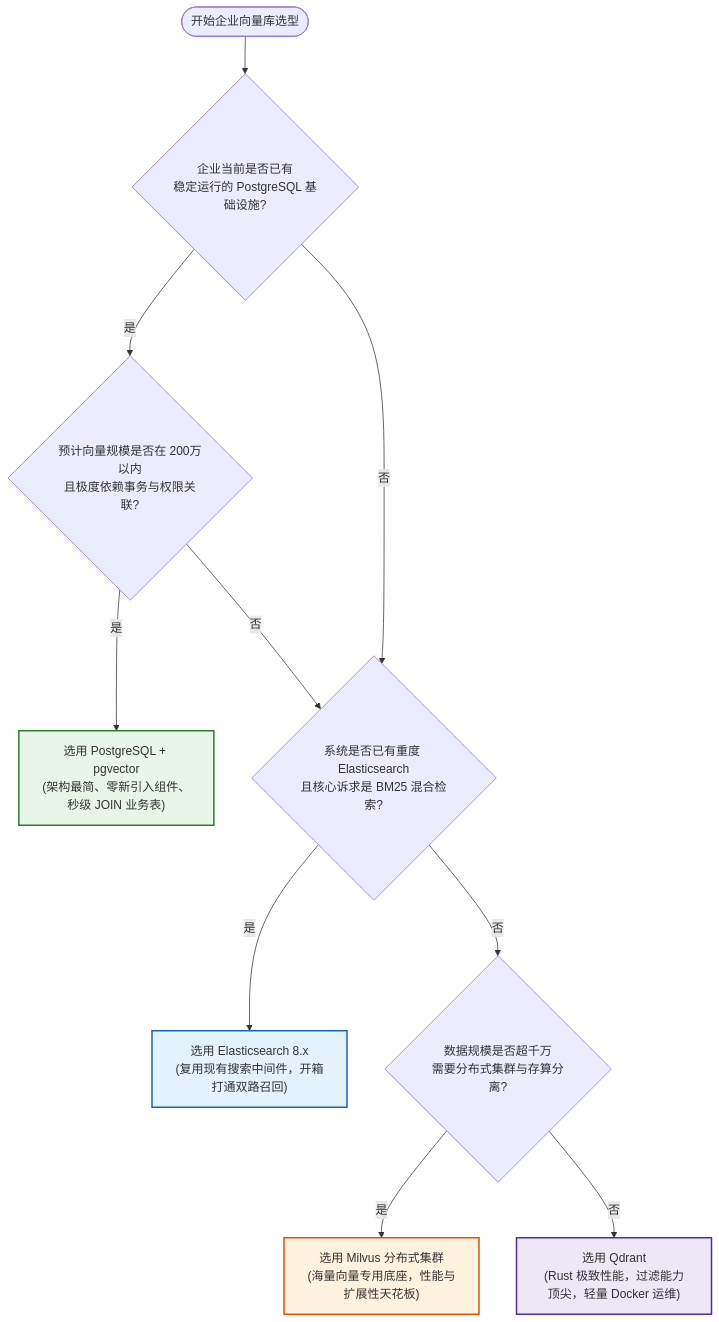
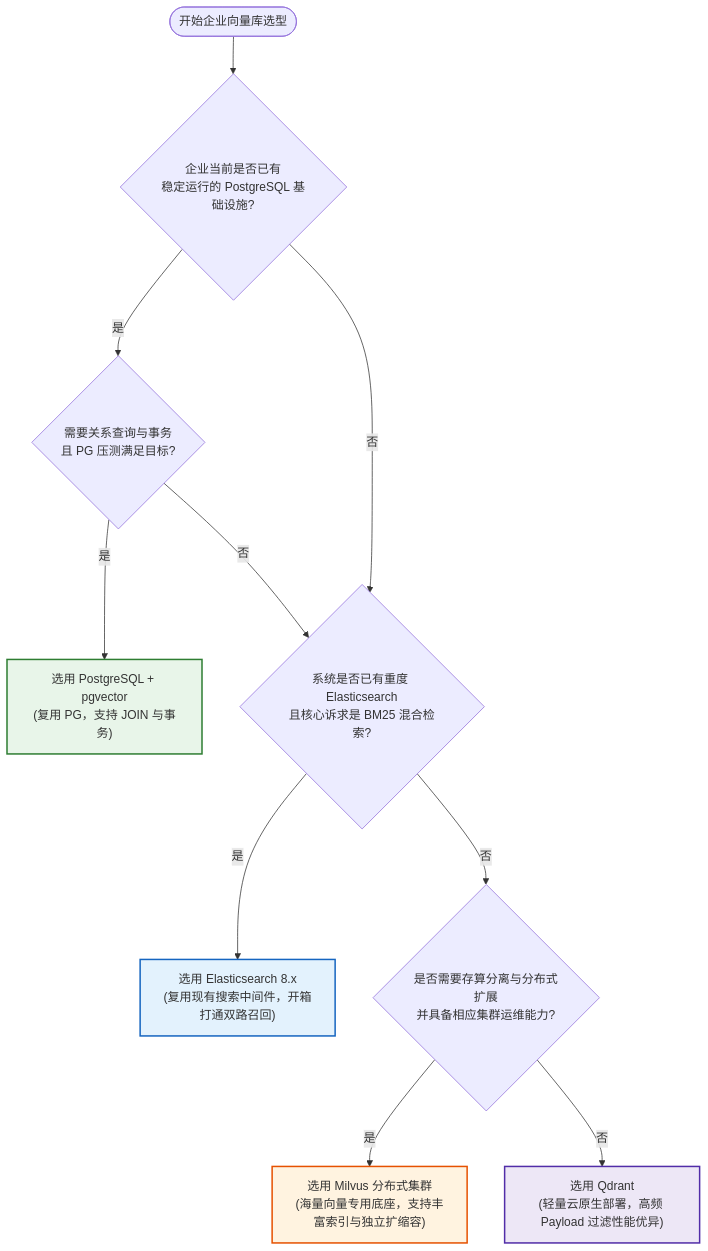
Before and after one commit to GuoWWWX/knowledge-base: the third of 3 diagrams in 10-AI应用开发/03-知识库技术-RAG/15-向量库选型对比.md, drawn with Mermaid. The commit also changed other lines of this file and 251 other files, not shown here.

````diff
--- a/10-AI应用开发/03-知识库技术-RAG/15-向量库选型对比.md
+++ b/10-AI应用开发/03-知识库技术-RAG/15-向量库选型对比.md
@@ -119,20 +113,20 @@
 ```mermaid
 flowchart TD
     Start([开始企业向量库选型]) --> Q1{企业当前是否已有<br/>稳定运行的 PostgreSQL 基础设施?}
     
-    Q1 -->|是| Q2{预计向量规模是否在 200万以内<br/>且极度依赖事务与权限关联?}
-    Q2 -->|是| PG["选用 PostgreSQL + pgvector<br/>(架构最简、零新引入组件、秒级 JOIN 业务表)"]
+    Q1 -->|是| Q2{需要关系查询与事务<br/>且 PG 压测满足目标?}
+    Q2 -->|是| PG["选用 PostgreSQL + pgvector<br/>(复用 PG，支持 JOIN 与事务)"]
     Q2 -->|否| Q3
     
     Q1 -->|否| Q3{系统是否已有重度 Elasticsearch<br/>且核心诉求是 BM25 混合检索?}
     Q3 -->|是| ES["选用 Elasticsearch 8.x<br/>(复用现有搜索中间件，开箱打通双路召回)"]
-    Q3 -->|否| Q4{数据规模是否超千万<br/>需要分布式集群与存算分离?}
+    Q3 -->|否| Q4{是否需要存算分离与分布式扩展<br/>并具备相应集群运维能力?}
     
-    Q4 -->|是| Milvus["选用 Milvus 分布式集群<br/>(海量向量专用底座，性能与扩展性天花板)"]
-    Q4 -->|否| Qdrant["选用 Qdrant<br/>(Rust 极致性能，过滤能力顶尖，轻量 Docker 运维)"]
+    Q4 -->|是| Milvus["选用 Milvus 分布式集群<br/>(海量向量专用底座，支持丰富索引与独立扩缩容)"]
+    Q4 -->|否| Qdrant["选用 Qdrant<br/>(轻量云原生部署，高频 Payload 过滤性能优异)"]
 
     style PG fill:#e8f5e9,stroke:#2e7d32,stroke-width:2px
     style ES fill:#e3f2fd,stroke:#1565c0,stroke-width:2px
     style Milvus fill:#fff3e0,stroke:#e65100,stroke-width:2px
     style Qdrant fill:#ede7f6,stroke:#512da8,stroke-width:2px
 ```
````
